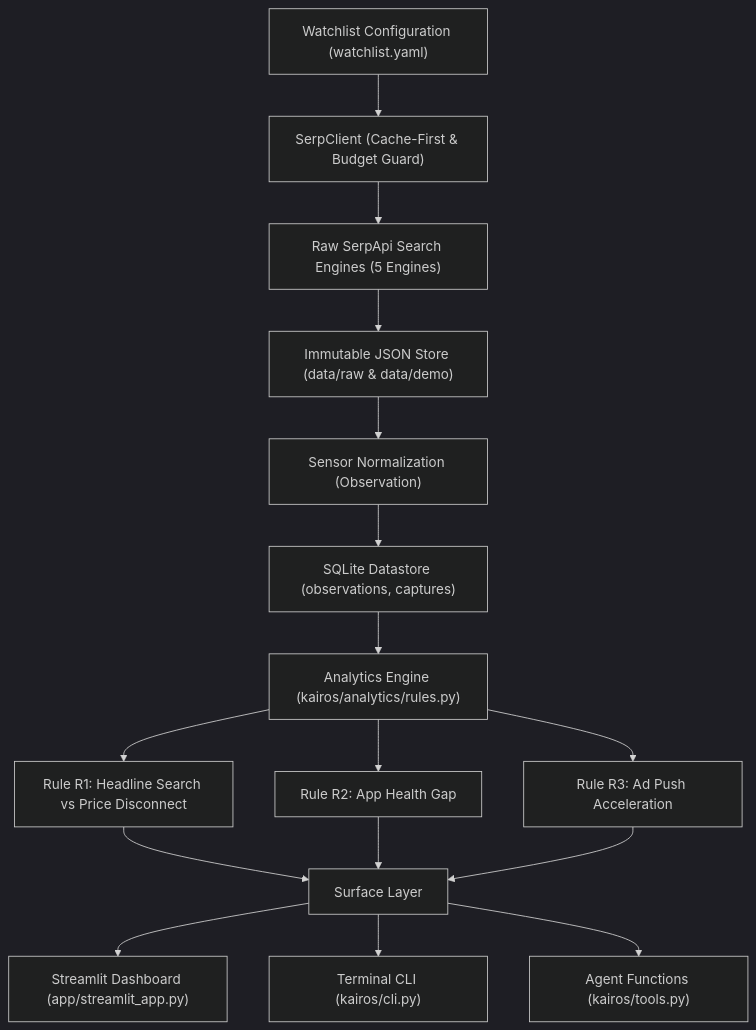
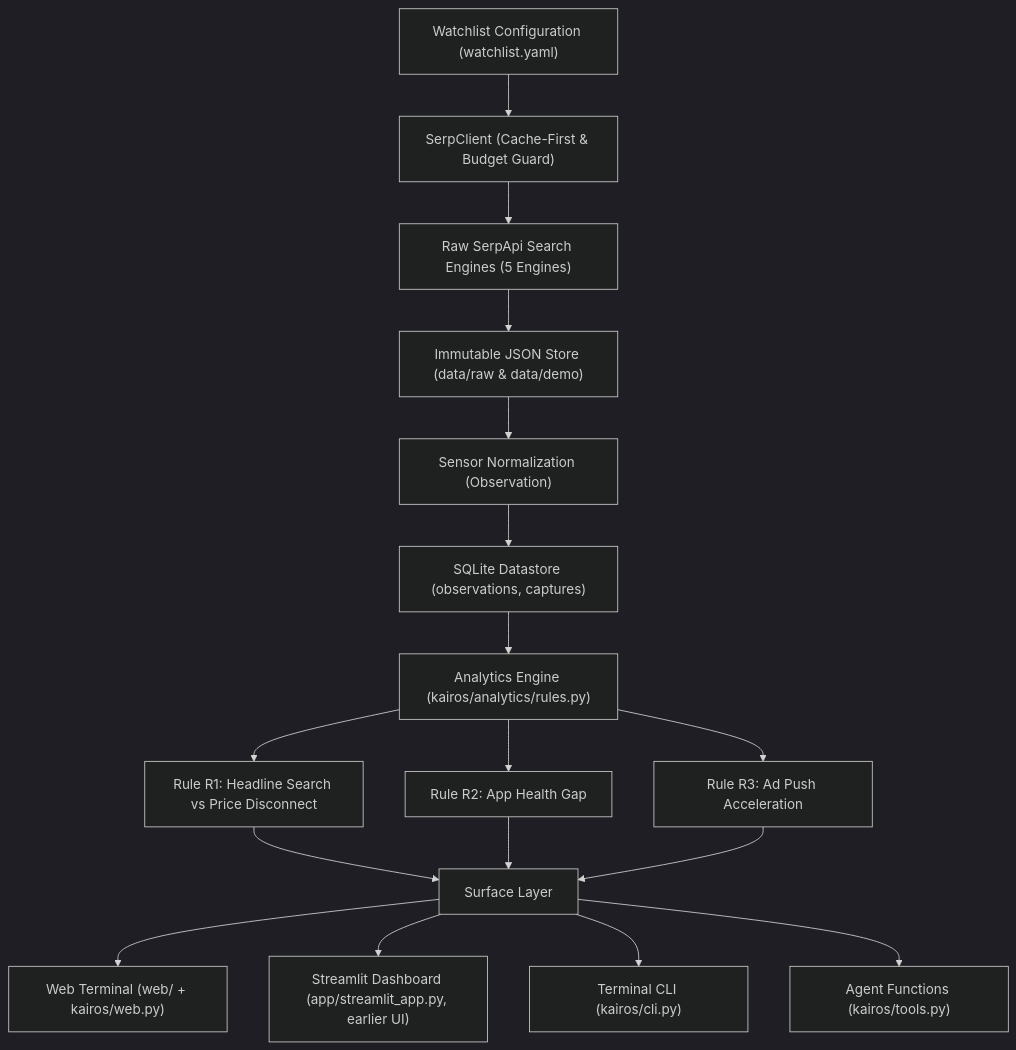
Before and after one commit to catherinearulanand/Kairos: the diagram in README.md, drawn with Mermaid (dark theme). The commit also changed other lines of this file and 9 other files, not shown here.

Commit message:
Research-journal identity for the web terminal; README describes the current site

````diff
--- a/README.md
+++ b/README.md
@@ -98,16 +109,17 @@
 ```mermaid
 flowchart TD
     A["Watchlist Configuration (watchlist.yaml)"] --> B["SerpClient (Cache-First & Budget Guard)"]
     B --> C["Raw SerpApi Search Engines (5 Engines)"]
     C --> D["Immutable JSON Store (data/raw & data/demo)"]
     D --> E["Sensor Normalization (Observation)"]
     E --> F["SQLite Datastore (observations, captures)"]
     F --> G["Analytics Engine (kairos/analytics/rules.py)"]
     G --> H1["Rule R1: Headline Search vs Price Disconnect"]
     G --> H2["Rule R2: App Health Gap"]
     G --> H3["Rule R3: Ad Push Acceleration"]
     H1 & H2 & H3 --> I["Surface Layer"]
-    I --> J1["Streamlit Dashboard (app/streamlit_app.py)"]
+    I --> J1["Web Terminal (web/ + kairos/web.py)"]
+    I --> J1b["Streamlit Dashboard (app/streamlit_app.py, earlier UI)"]
     I --> J2["Terminal CLI (kairos/cli.py)"]
     I --> J3["Agent Functions (kairos/tools.py)"]
 ```
````
